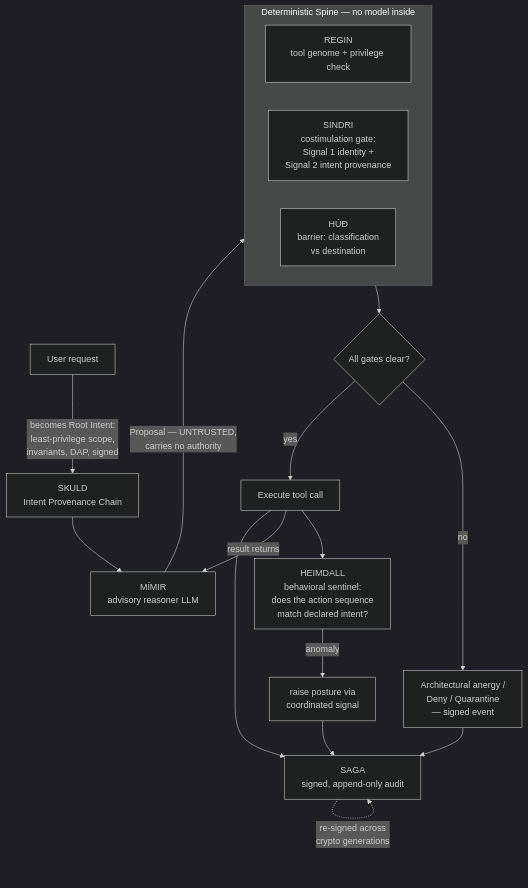
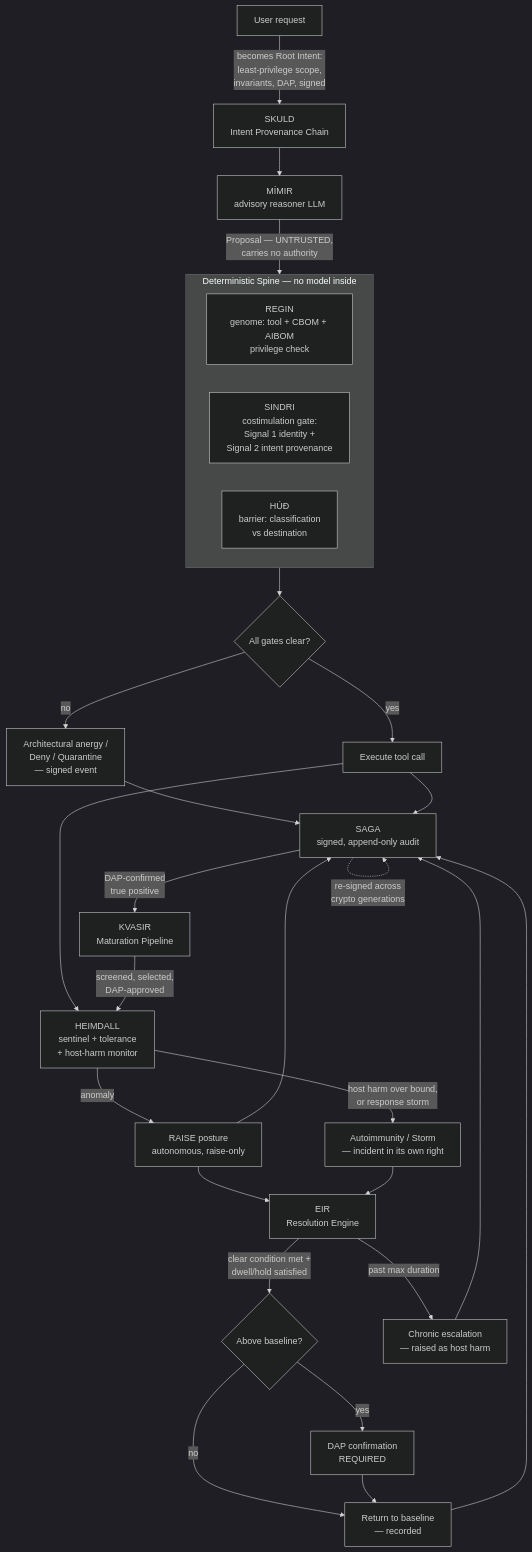
Before and after one commit to TheOdinheim/BROKKR: the diagram in docs/BROKKR-ARCH-2026-001.md, drawn with Mermaid (dark theme). The commit also changed other lines of this file and 1 other file, not shown here.

First line of the commit message:
Architecture Rev 1.1, build rules v1.2: close five conformance gaps

````diff
--- a/docs/BROKKR-ARCH-2026-001.md
+++ b/docs/BROKKR-ARCH-2026-001.md
@@ -90,25 +126,38 @@
 ```mermaid
 flowchart TD
     U[User request] -->|becomes Root Intent:<br/>least-privilege scope,<br/>invariants, DAP, signed| SK[SKULD<br/>Intent Provenance Chain]
     SK --> M[MÍMIR<br/>advisory reasoner LLM]
     M -->|Proposal — UNTRUSTED,<br/>carries no authority| SPINE
 
     subgraph SPINE[Deterministic Spine — no model inside]
-        RG[REGIN<br/>tool genome + privilege check]
+        RG[REGIN<br/>genome: tool + CBOM + AIBOM<br/>privilege check]
         SI[SINDRI<br/>costimulation gate:<br/>Signal 1 identity +<br/>Signal 2 intent provenance]
         HU[HÚÐ<br/>barrier: classification<br/>vs destination]
     end
 
     SPINE --> D{All gates clear?}
     D -->|no| DENY[Architectural anergy /<br/>Deny / Quarantine<br/>— signed event]
     D -->|yes| EX[Execute tool call]
 
-    EX --> HE[HEIMDALL<br/>behavioral sentinel:<br/>does the action sequence<br/>match declared intent?]
-    HE -->|anomaly| RAISE[raise posture via<br/>coordinated signal]
+    EX --> HE[HEIMDALL<br/>sentinel + tolerance<br/>+ host-harm monitor]
+    HE -->|anomaly| RAISE[RAISE posture<br/>autonomous, raise-only]
+    HE -->|host harm over bound,<br/>or response storm| INC[Autoimmunity / Storm<br/>— incident in its own right]
 
-    EX -->|result returns| M
+    RAISE --> EIR[EIR<br/>Resolution Engine]
+    INC --> EIR
+    EIR -->|clear condition met +<br/>dwell/hold satisfied| DAPQ{Above baseline?}
+    DAPQ -->|yes| DAP[DAP confirmation<br/>REQUIRED]
+    DAPQ -->|no| BASE[Return to baseline<br/>— recorded]
+    DAP --> BASE
+    EIR -->|past max duration| CHRONIC[Chronic escalation<br/>— raised as host harm]
+
+    DENY --> SA
+    EX --> SA
     RAISE --> SA
-    DENY --> SA[SAGA<br/>signed, append-only audit]
-    EX --> SA
+    BASE --> SA[SAGA<br/>signed, append-only audit]
+    CHRONIC --> SA
+
+    SA -->|DAP-confirmed<br/>true positive| KV[KVASIR<br/>Maturation Pipeline]
+    KV -->|screened, selected,<br/>DAP-approved| HE
     SA -.->|re-signed across<br/>crypto generations| SA
 ```
````
